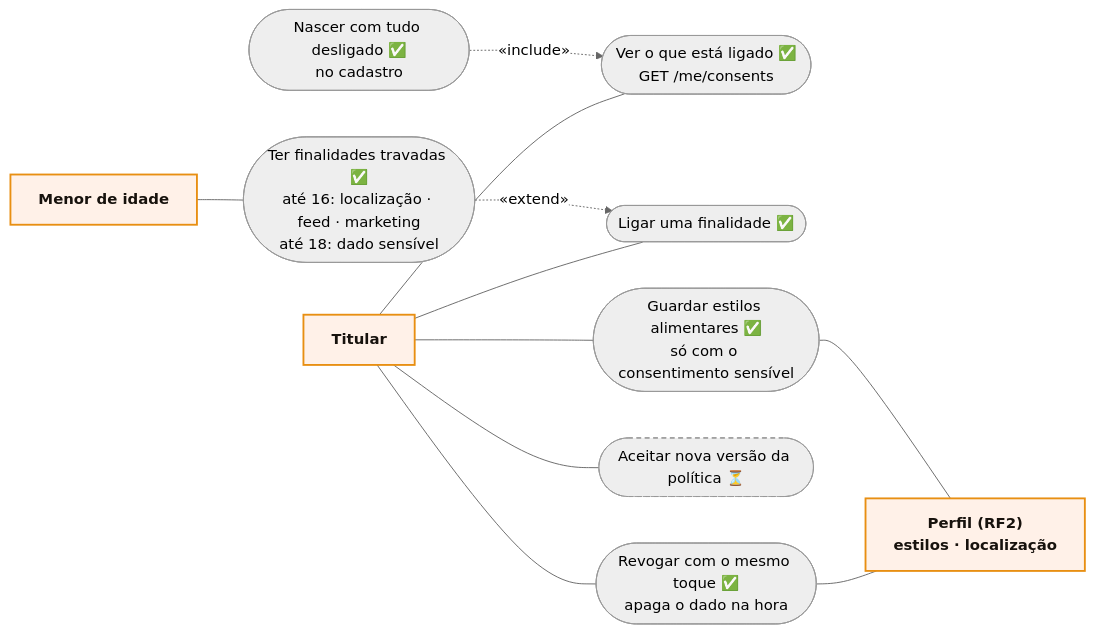
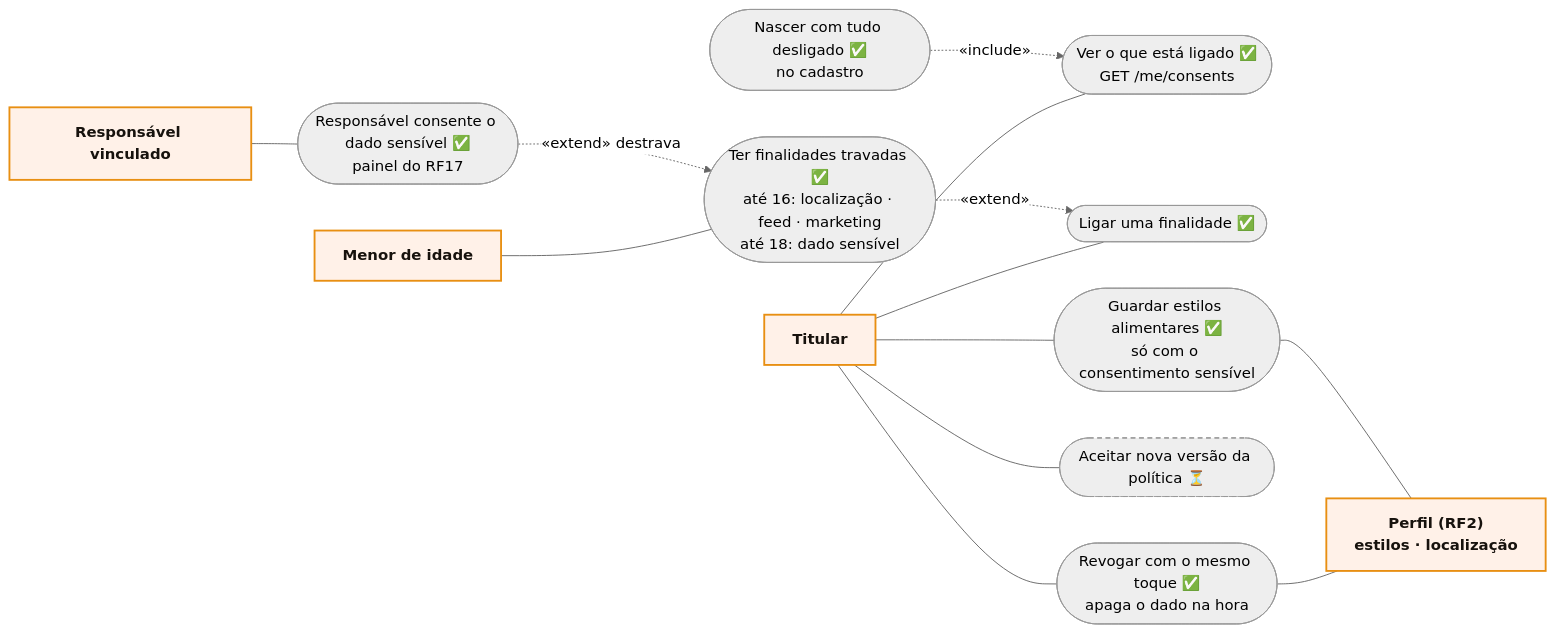
Before and after one commit to MatheusHaliski/Friendly-Eats: the diagram in docs/RF3/casos-de-uso.md, drawn with Mermaid (neutral theme). The commit also changed 71 other files, not shown here.

````diff
--- a/docs/RF3/casos-de-uso.md
+++ b/docs/RF3/casos-de-uso.md
@@ -3,25 +3,29 @@
 ```mermaid
 flowchart LR
     T["Titular"]:::actor
     M["Menor de idade"]:::actor
 
     UC1(["Ver o que está ligado ✅<br/>GET /me/consents"])
     UC2(["Ligar uma finalidade ✅"])
     UC3(["Revogar com o mesmo toque ✅<br/>apaga o dado na hora"])
     UC4(["Aceitar nova versão da política ⏳"]):::planned
     UC5(["Nascer com tudo desligado ✅<br/>no cadastro"])
     UC6(["Ter finalidades travadas ✅<br/>até 16: localização · feed · marketing<br/>até 18: dado sensível"])
+    UC8(["Responsável consente o dado sensível ✅<br/>painel do RF17"])
+    RS["Responsável vinculado"]:::actor
     UC7(["Guardar estilos alimentares ✅<br/>só com o consentimento sensível"])
 
     SYS["Perfil (RF2)<br/>estilos · localização"]:::actor
 
     T --- UC1 & UC2 & UC3 & UC4 & UC7
     M --- UC6
+    RS --- UC8
+    UC8 -. «extend» destrava .-> UC6
     UC5 -. «include» .-> UC1
     UC6 -. «extend» .-> UC2
     UC3 --- SYS
     UC7 --- SYS
 
     classDef actor fill:#FFF1E8,stroke:#E88F12,stroke-width:2px,color:#17120D,font-weight:bold
     classDef planned stroke-dasharray:5 4
 ```
````
